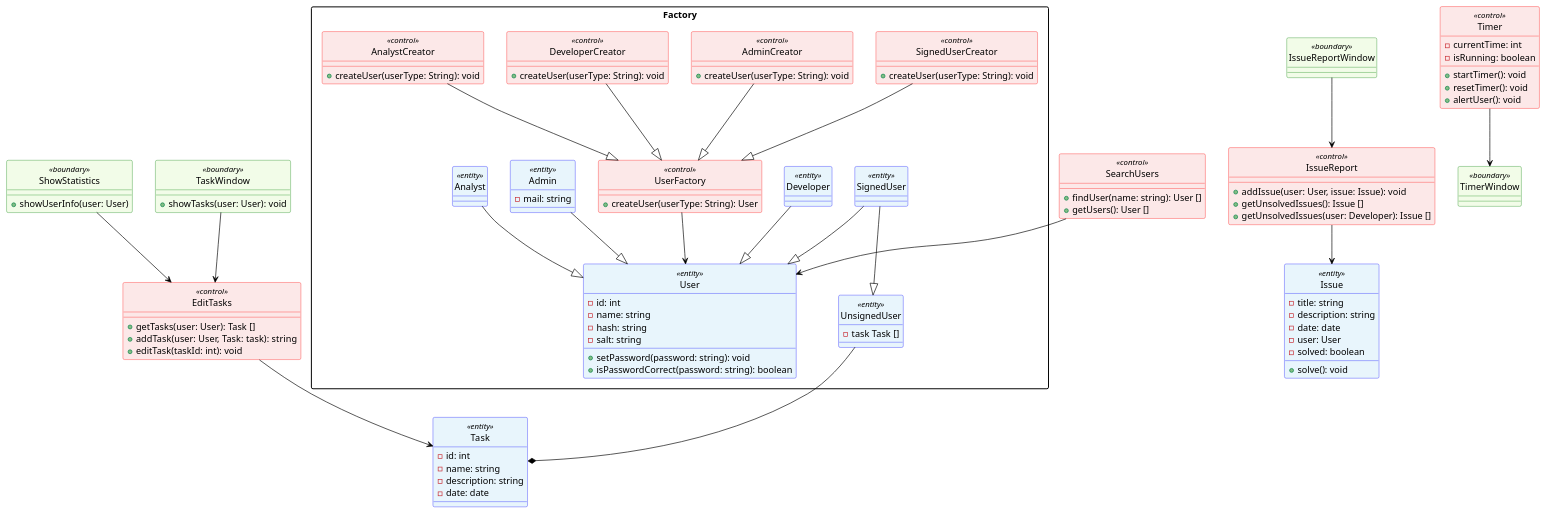
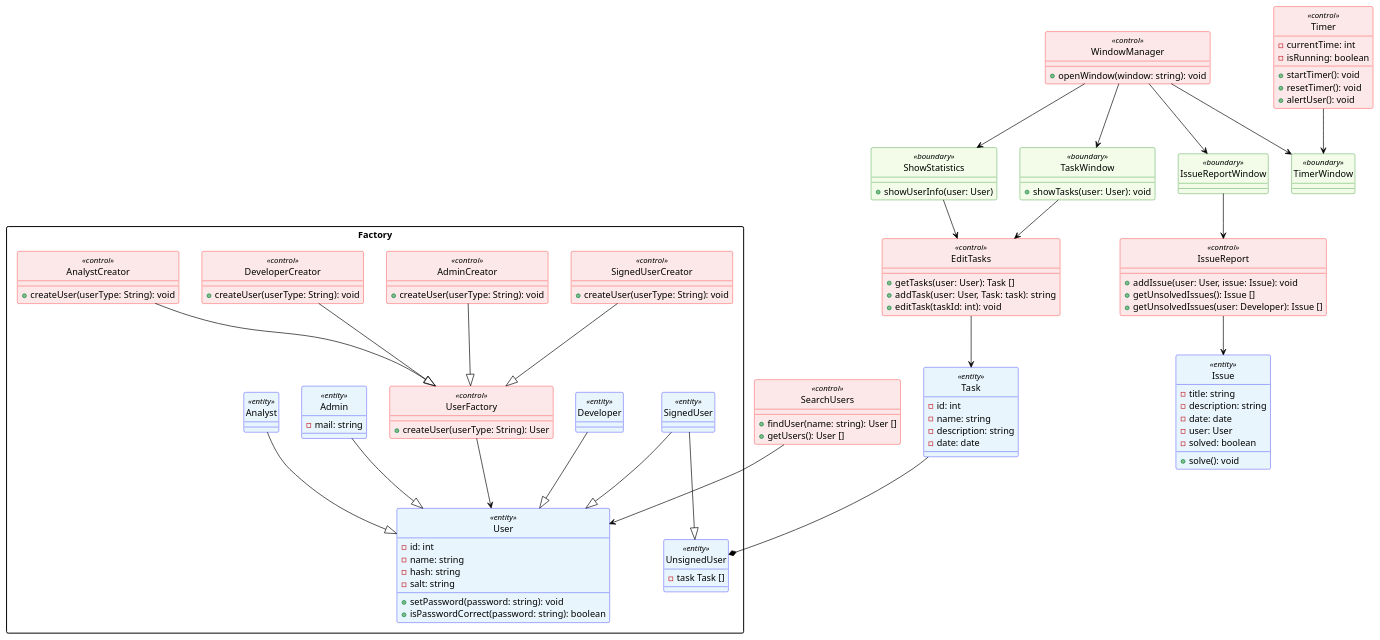
Before and after one commit to juremrzek/ProductivityApp: the diagram in docs/gradivo/plantuml/razredni_diagram.plantuml, drawn with PlantUML.

Commit message:
Added WindowManager class

```diff
--- a/docs/gradivo/plantuml/razredni_diagram.plantuml
+++ b/docs/gradivo/plantuml/razredni_diagram.plantuml
@@ -1,139 +1,146 @@
 @startuml Aplikacija produktivnosti in organizacije 
 skinparam class {
   backgroundColor white
   borderColor #5FB8EC
   arrowColor black
 }
 skinparam class<<entity>> {
   backgroundColor #e8f5fc
   borderColor Blue
 }
 skinparam class<<control>> {
   backgroundColor #fce8e8
   borderColor Red
 }
 skinparam class<<boundary>> {
   backgroundColor #f2fce8
   borderColor Green
 }
 
 'skinparam shadowing false
 skinparam defaultTextAlignment center
 skinparam packageStyle rectangle
 skinparam groupInheritance 2
 hide circle
 'hide members
 
 '---------Razredi---------------------------
 package Factory{
   Class User<<entity>> {
     -id: int
     -name: string
     -hash: string
     -salt: string 
     +setPassword(password: string): void
     +isPasswordCorrect(password: string): boolean
   }
   Class UserFactory<<control>>{
     +createUser(userType: String): User
   }
   Class SignedUser<<entity>>{
 
   }
   Class Admin<<entity>>{
     -mail: string
   }
   Class Analyst<<entity>>{
 
   }
   Class Developer<<entity>>{
 
   }
   Class UnsignedUser<<entity>> {
     -task Task []
   }
   Class SignedUserCreator<<control>>{
     +createUser(userType: String): void
   }
   Class AdminCreator<<control>>{
     +createUser(userType: String): void
   }
   Class DeveloperCreator<<control>>{
     +createUser(userType: String): void
   }
   Class AnalystCreator<<control>>{
     +createUser(userType: String): void
   }
 }
 
 Class ShowStatistics<<boundary>>{
   +showUserInfo(user: User)
 }
 Class Task<<entity>>{
   -id: int
   -name: string
   -description: string
   -date: date
 }
 class EditTasks<<control>>{
   +getTasks(user: User): Task []
   +addTask(user: User, Task: task): string
   +editTask(taskId: int): void
 }
 class TaskWindow<<boundary>>{
   +showTasks(user: User): void
 }
+class WindowManager<<control>>{
+  +openWindow(window: string): void
+}
 Class Issue<<entity>>{
   -title: string
   -description: string
   -date: date
   -user: User
   -solved: boolean
   +solve(): void
 }
 Class IssueReport<<control>>{
   +addIssue(user: User, issue: Issue): void
   +getUnsolvedIssues(): Issue []
   +getUnsolvedIssues(user: Developer): Issue []
 }
 Class IssueReportWindow<<boundary>>
 
 Class SearchUsers<<control>>{
   +findUser(name: string): User []
   +getUsers(): User []
 }
 
 ' obvestiUsera - ko čas poteče, naredi popup al whatever. (better name pls)
 ' also a rabmo dodatne atribute/funkcije za pavzo?
 Class Timer<<control>>{
   -currentTime: int
   -isRunning: boolean
   +startTimer(): void
   +resetTimer(): void
   +alertUser(): void
 }
 Class TimerWindow<<boundary>>{
   
 }
 
 
 '------Povezave-----------------------
-UnsignedUser --* Task
+Task --* UnsignedUser
 EditTasks --> Task
 TaskWindow --> EditTasks
 IssueReport --> Issue
 IssueReportWindow --> IssueReport
 SearchUsers --> User
 Timer --> TimerWindow
 SignedUser --|> User
 SignedUser --|> UnsignedUser
 Analyst --|> User
 Admin --|> User
 Developer --|> User
 ShowStatistics --> EditTasks
 UserFactory --> User
 SignedUserCreator --|> UserFactory
 DeveloperCreator --|> UserFactory
 AnalystCreator --|> UserFactory
 AdminCreator --|> UserFactory
+WindowManager --> IssueReportWindow
+WindowManager --> TimerWindow
+WindowManager --> ShowStatistics
+WindowManager --> TaskWindow
 @enduml
```
